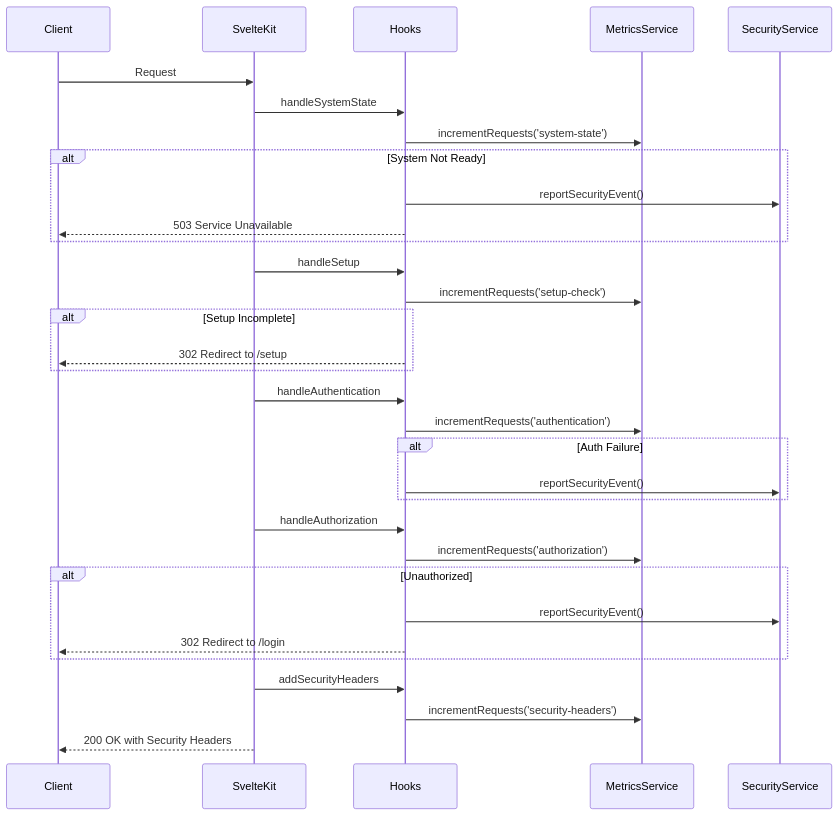
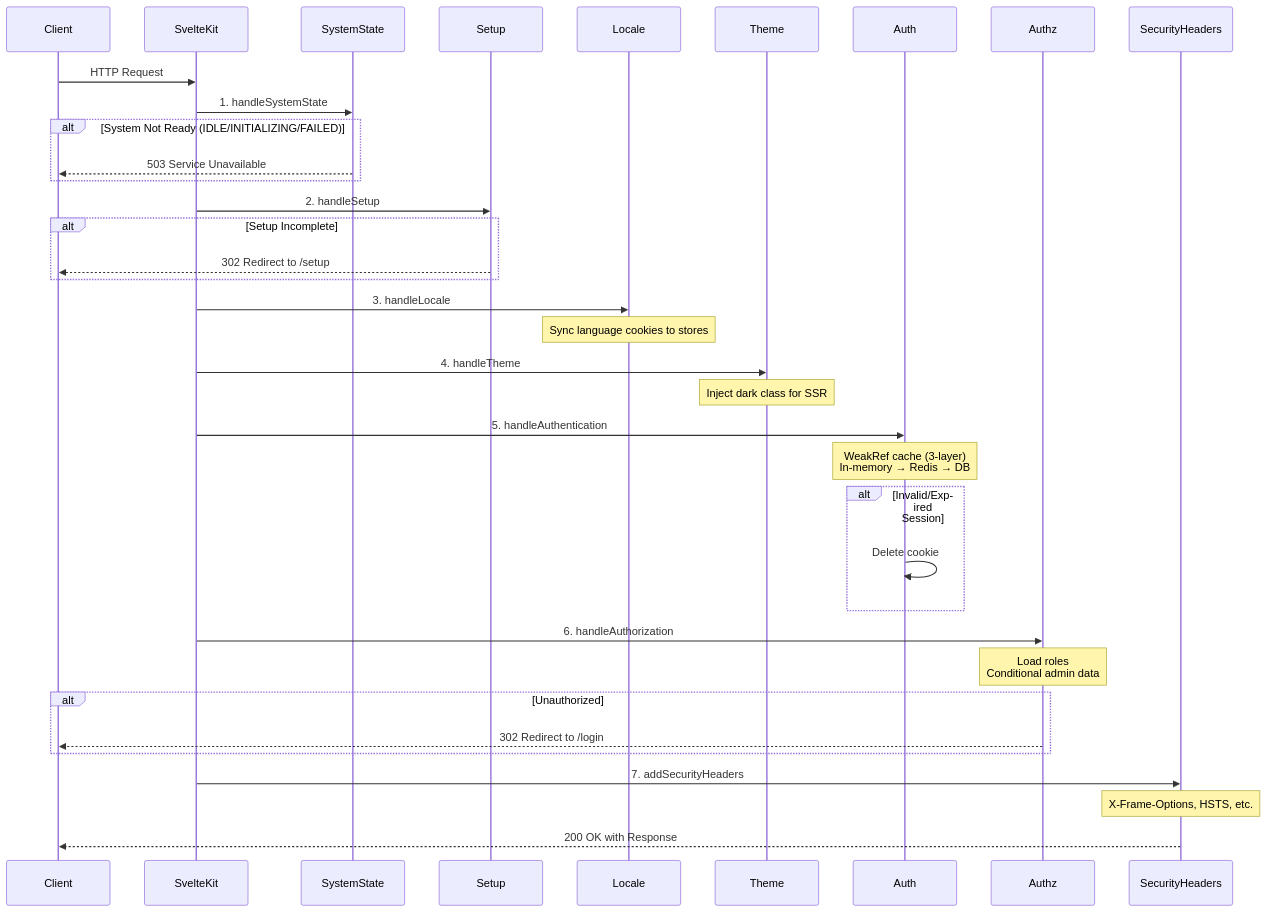
Before and after one commit to SveltyCMS/SveltyCMS: the diagram in docs/architecture/server-hooks.mdx, drawn with Mermaid. The commit also changed other lines of this file and 26 other files, not shown here.

````diff
--- a/docs/architecture/server-hooks.mdx
+++ b/docs/architecture/server-hooks.mdx
@@ -282,40 +664,47 @@
 ```mermaid
 sequenceDiagram
     participant Client
     participant SvelteKit
-    participant Hooks
-    participant MetricsService
-    participant SecurityService
+    participant SystemState
+    participant Setup
+    participant Locale
+    participant Theme
+    participant Auth
+    participant Authz
+    participant SecurityHeaders
 
-    Client->>SvelteKit: Request
-    SvelteKit->>Hooks: handleSystemState
-    Hooks->>MetricsService: incrementRequests('system-state')
-    alt System Not Ready
-        Hooks->>SecurityService: reportSecurityEvent()
-        Hooks-->>Client: 503 Service Unavailable
+    Client->>SvelteKit: HTTP Request
+
+    SvelteKit->>SystemState: 1. handleSystemState
+    alt System Not Ready (IDLE/INITIALIZING/FAILED)
+        SystemState-->>Client: 503 Service Unavailable
     end
 
-    SvelteKit->>Hooks: handleSetup
-    Hooks->>MetricsService: incrementRequests('setup-check')
+    SvelteKit->>Setup: 2. handleSetup
     alt Setup Incomplete
-        Hooks-->>Client: 302 Redirect to /setup
+        Setup-->>Client: 302 Redirect to /setup
     end
 
-    SvelteKit->>Hooks: handleAuthentication
-    Hooks->>MetricsService: incrementRequests('authentication')
-    alt Auth Failure
-        Hooks->>SecurityService: reportSecurityEvent()
+    SvelteKit->>Locale: 3. handleLocale
+    Note over Locale: Sync language cookies to stores
+
+    SvelteKit->>Theme: 4. handleTheme
+    Note over Theme: Inject dark class for SSR
+
+    SvelteKit->>Auth: 5. handleAuthentication
+    Note over Auth: WeakRef cache (3-layer)<br/>In-memory → Redis → DB
+    alt Invalid/Expired Session
+        Auth->>Auth: Delete cookie
     end
 
-    SvelteKit->>Hooks: handleAuthorization
-    Hooks->>MetricsService: incrementRequests('authorization')
+    SvelteKit->>Authz: 6. handleAuthorization
+    Note over Authz: Load roles<br/>Conditional admin data
     alt Unauthorized
-        Hooks->>SecurityService: reportSecurityEvent()
-        Hooks-->>Client: 302 Redirect to /login
+        Authz-->>Client: 302 Redirect to /login
     end
 
-    SvelteKit->>Hooks: addSecurityHeaders
-    Hooks->>MetricsService: incrementRequests('security-headers')
+    SvelteKit->>SecurityHeaders: 7. addSecurityHeaders
+    Note over SecurityHeaders: X-Frame-Options, HSTS, etc.
 
-    SvelteKit-->>Client: 200 OK with Security Headers
+    SecurityHeaders-->>Client: 200 OK with Response
 ```
````
